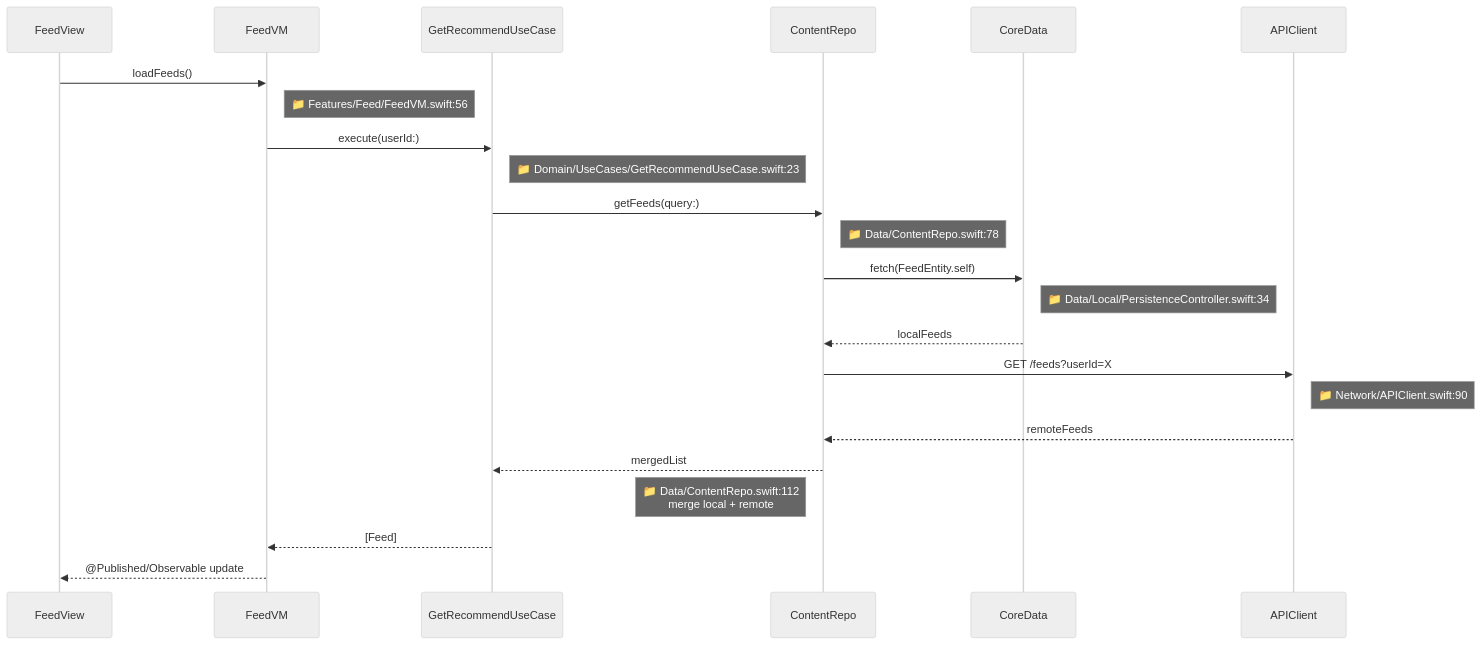
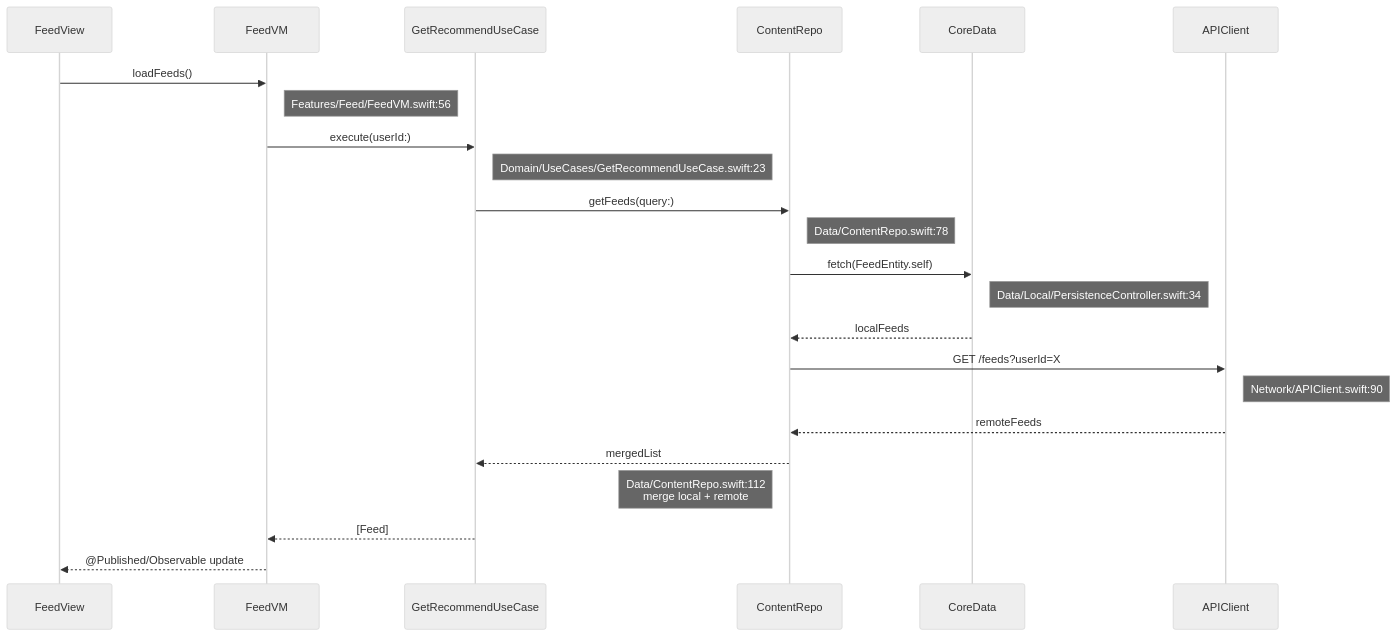
The third of 5 diagrams in references/ios-template.md (CaostGrace/project-arch-reverse), drawn with Mermaid (neutral theme) before and after one commit. The commit also changed other lines of this file and 10 other files, not shown here.

Commit message:
fix: 修复 12.1 流程图 Mermaid 渲染问题 - 结构重组+节点引号+形状修复

````diff
--- a/references/ios-template.md
+++ b/references/ios-template.md
@@ -201,26 +216,26 @@
 ```mermaid
 sequenceDiagram
     participant UI as FeedView
     participant VM as FeedVM
     participant UC as GetRecommendUseCase
     participant Repo as ContentRepo
     participant Local as CoreData
     participant Remote as APIClient
 
     UI->>VM: loadFeeds()
-    Note right of VM: 📁 Features/Feed/FeedVM.swift:56
+    Note right of VM:  Features/Feed/FeedVM.swift:56
     VM->>UC: execute(userId:)
-    Note right of UC: 📁 Domain/UseCases/GetRecommendUseCase.swift:23
+    Note right of UC:  Domain/UseCases/GetRecommendUseCase.swift:23
     UC->>Repo: getFeeds(query:)
-    Note right of Repo: 📁 Data/ContentRepo.swift:78
+    Note right of Repo:  Data/ContentRepo.swift:78
     Repo->>Local: fetch(FeedEntity.self)
-    Note right of Local: 📁 Data/Local/PersistenceController.swift:34
+    Note right of Local:  Data/Local/PersistenceController.swift:34
     Local-->>Repo: localFeeds
     Repo->>Remote: GET /feeds?userId=X
-    Note right of Remote: 📁 Network/APIClient.swift:90
+    Note right of Remote:  Network/APIClient.swift:90
     Remote-->>Repo: remoteFeeds
     Repo-->>UC: mergedList
-    Note left of Repo: 📁 Data/ContentRepo.swift:112<br/>merge local + remote
+    Note left of Repo:  Data/ContentRepo.swift:112<br>merge local + remote
     UC-->>VM: [Feed]
     VM-->>UI: @Published/Observable update
 ```
````
